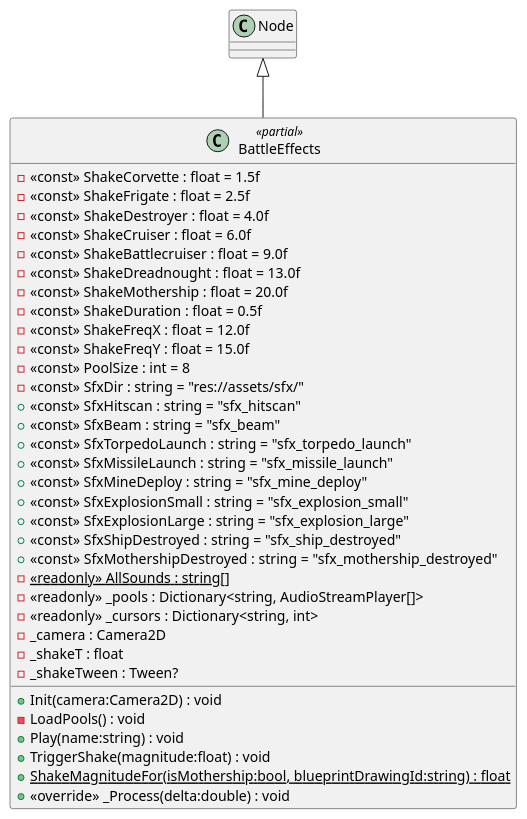
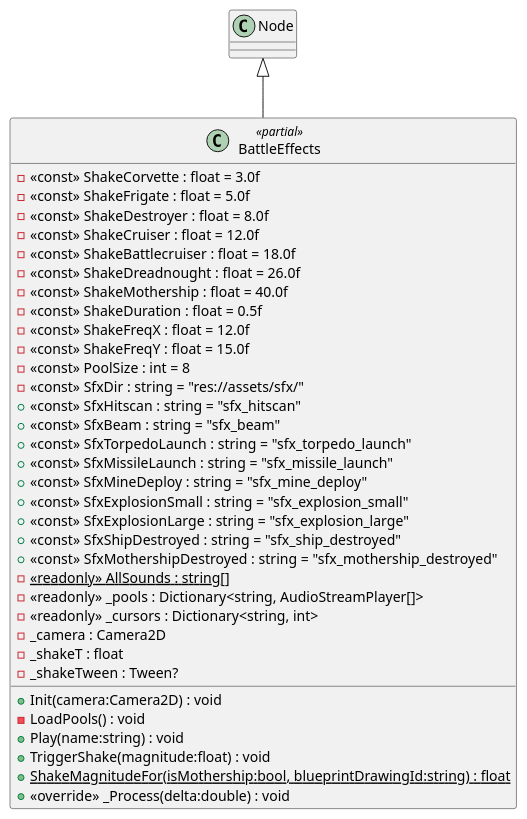
Before and after one commit to Tai-trinh/skock: the diagram in diagrams/csharp/client/src/rendering/BattleEffects.puml, drawn with PlantUML. The commit also changed 36 other files, not shown here.

```diff
--- a/diagrams/csharp/client/src/rendering/BattleEffects.puml
+++ b/diagrams/csharp/client/src/rendering/BattleEffects.puml
@@ -1,38 +1,38 @@
 @startuml
 class BattleEffects <<partial>> {
-    - <<const>> ShakeCorvette : float = 1.5f
-    - <<const>> ShakeFrigate : float = 2.5f
-    - <<const>> ShakeDestroyer : float = 4.0f
-    - <<const>> ShakeCruiser : float = 6.0f
-    - <<const>> ShakeBattlecruiser : float = 9.0f
-    - <<const>> ShakeDreadnought : float = 13.0f
-    - <<const>> ShakeMothership : float = 20.0f
+    - <<const>> ShakeCorvette : float = 3.0f
+    - <<const>> ShakeFrigate : float = 5.0f
+    - <<const>> ShakeDestroyer : float = 8.0f
+    - <<const>> ShakeCruiser : float = 12.0f
+    - <<const>> ShakeBattlecruiser : float = 18.0f
+    - <<const>> ShakeDreadnought : float = 26.0f
+    - <<const>> ShakeMothership : float = 40.0f
     - <<const>> ShakeDuration : float = 0.5f
     - <<const>> ShakeFreqX : float = 12.0f
     - <<const>> ShakeFreqY : float = 15.0f
     - <<const>> PoolSize : int = 8
     - <<const>> SfxDir : string = "res://assets/sfx/"
     + <<const>> SfxHitscan : string = "sfx_hitscan"
     + <<const>> SfxBeam : string = "sfx_beam"
     + <<const>> SfxTorpedoLaunch : string = "sfx_torpedo_launch"
     + <<const>> SfxMissileLaunch : string = "sfx_missile_launch"
     + <<const>> SfxMineDeploy : string = "sfx_mine_deploy"
     + <<const>> SfxExplosionSmall : string = "sfx_explosion_small"
     + <<const>> SfxExplosionLarge : string = "sfx_explosion_large"
     + <<const>> SfxShipDestroyed : string = "sfx_ship_destroyed"
     + <<const>> SfxMothershipDestroyed : string = "sfx_mothership_destroyed"
     - {static} <<readonly>> AllSounds : string[]
     - <<readonly>> _pools : Dictionary<string, AudioStreamPlayer[]>
     - <<readonly>> _cursors : Dictionary<string, int>
     - _camera : Camera2D
     - _shakeT : float
     - _shakeTween : Tween?
     + Init(camera:Camera2D) : void
     - LoadPools() : void
     + Play(name:string) : void
     + TriggerShake(magnitude:float) : void
     + {static} ShakeMagnitudeFor(isMothership:bool, blueprintDrawingId:string) : float
     + <<override>> _Process(delta:double) : void
 }
 Node <|-- BattleEffects
 @enduml
```
